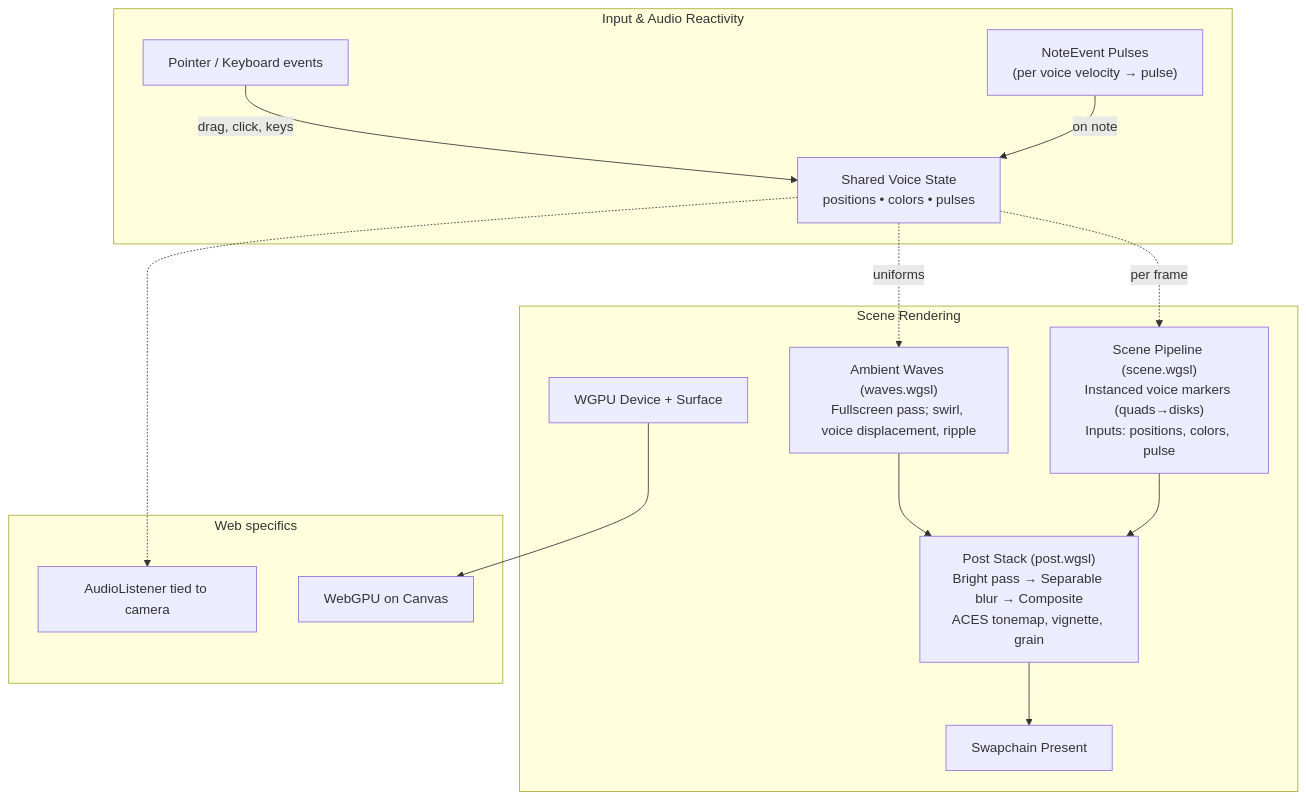
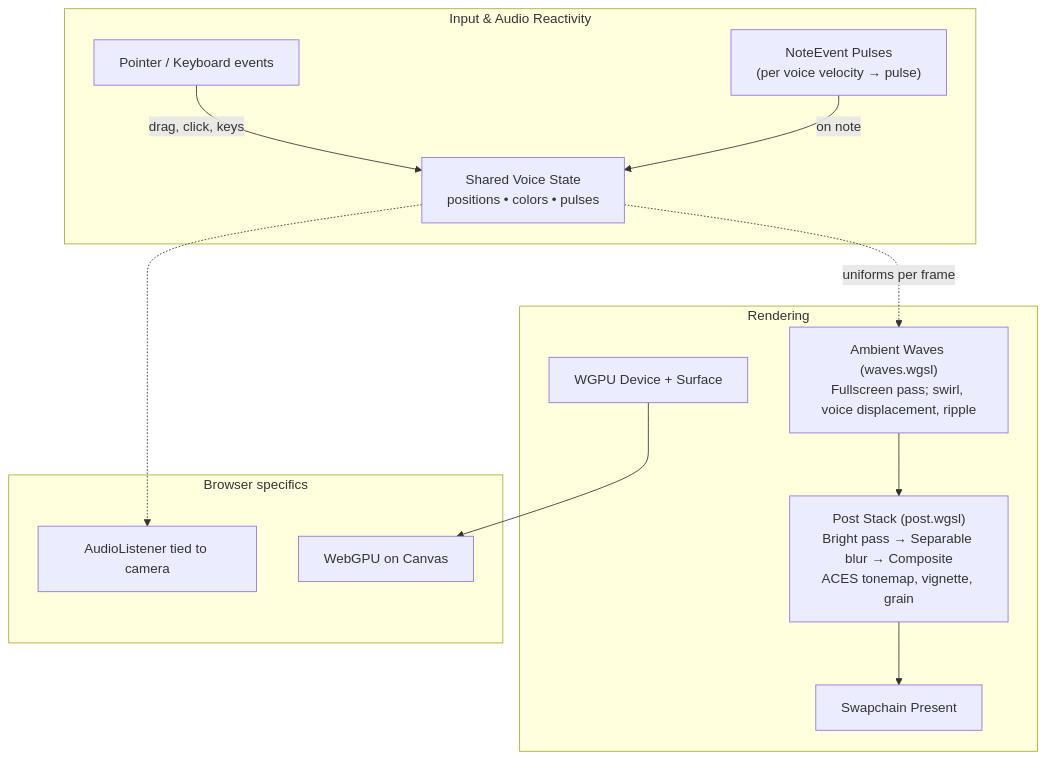
One commit to rgilks/geno-1 changed the diagram in docs/diagrams/visual.md. Above: the diagram before and after it, drawn with Mermaid. The commit also changed other lines of this file and 4 other files, not shown here.

Commit message:
docs: update audio/visual diagrams, add MDN/WebGPU references; remove docs/media and point README to live app https://geno-1.tre.systems/

````diff
--- a/docs/diagrams/visual.md
+++ b/docs/diagrams/visual.md
@@ -5,31 +5,28 @@
 ```mermaid
 graph TD
-  %% Visual pipeline (Web)
+  %% Visual pipeline
   subgraph "Input & Audio Reactivity"
     I1["Pointer / Keyboard events"]
     I2["NoteEvent Pulses\n(per voice velocity → pulse)"]
     I3["Shared Voice State\npositions • colors • pulses"]
     I1 -->|drag, click, keys| I3
     I2 -->|on note| I3
   end
 
-  subgraph "Scene Rendering"
+  subgraph "Rendering"
     R0["WGPU Device + Surface"]
-    R1["Scene Pipeline (scene.wgsl)\nInstanced voice markers (quads→disks)\nInputs: positions, colors, pulse"]
-    R2["Ambient Waves (waves.wgsl)\nFullscreen pass; swirl, voice displacement, ripple"]
-    R3["Post Stack (post.wgsl)\nBright pass → Separable blur → Composite\nACES tonemap, vignette, grain"]
-    R4["Swapchain Present"]
-    I3 -.->|per frame| R1
-    I3 -.->|uniforms| R2
-    R1 --> R3
+    R1["Ambient Waves (waves.wgsl)\nFullscreen pass; swirl, voice displacement, ripple"]
+    R2["Post Stack (post.wgsl)\nBright pass → Separable blur → Composite\nACES tonemap, vignette, grain"]
+    R3["Swapchain Present"]
+    I3 -.->|uniforms per frame| R1
+    R1 --> R2
     R2 --> R3
-    R3 --> R4
   end
 
-  subgraph "Web specifics"
+  subgraph "Browser specifics"
     WGPU["WebGPU on Canvas"]
     AC["AudioListener tied to camera"]
     R0 --> WGPU
     I3 -.-> AC
   end
 ```
````
